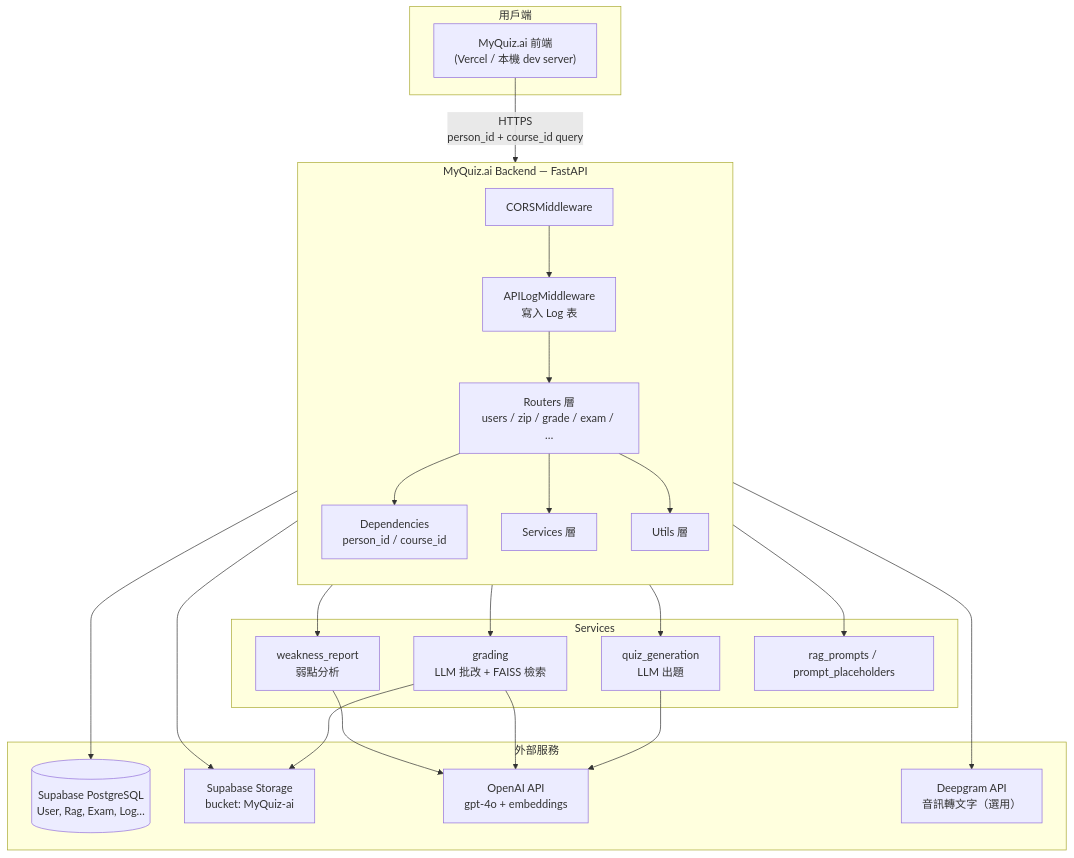
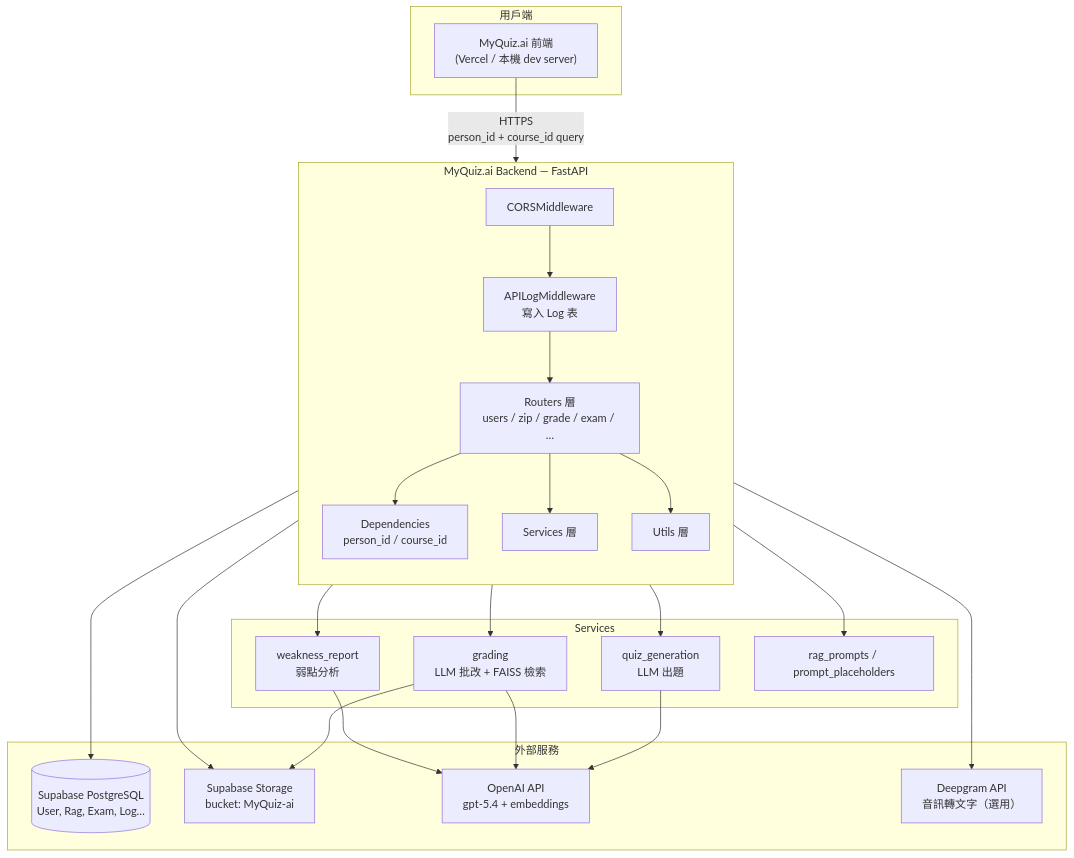
One commit to kevin7261/MyQuiz-ai-backend changed the first of 6 diagrams in README.md. Above: the diagram before and after it, drawn with Mermaid. The commit also changed other lines of this file and 13 other files, not shown here.

````diff
--- a/README.md
+++ b/README.md
@@ -50,48 +51,48 @@
 ```mermaid
 flowchart TB
     subgraph Client["用戶端"]
         FE["MyQuiz.ai 前端<br/>(Vercel / 本機 dev server)"]
     end
 
     subgraph Backend["MyQuiz.ai Backend — FastAPI"]
         direction TB
         CORS["CORSMiddleware"]
         LOG["APILogMiddleware<br/>寫入 Log 表"]
         ROUTERS["Routers 層<br/>users / zip / grade / exam / …"]
         DEPS["Dependencies<br/>person_id / course_id"]
         SERVICES["Services 層"]
         UTILS["Utils 層"]
     end
 
     subgraph ServicesDetail["Services"]
         QG["quiz_generation<br/>LLM 出題"]
         GR["grading<br/>LLM 批改 + FAISS 檢索"]
         WR["weakness_report<br/>弱點分析"]
         RAGP["rag_prompts / prompt_placeholders"]
     end
 
     subgraph External["外部服務"]
         PG[("Supabase PostgreSQL<br/>User, Rag, Exam, Log…")]
         ST["Supabase Storage<br/>bucket: MyQuiz-ai"]
-        OAI["OpenAI API<br/>gpt-4o + embeddings"]
+        OAI["OpenAI API<br/>gpt-5.4 + embeddings"]
         DG["Deepgram API<br/>音訊轉文字（選用）"]
     end
 
     FE -->|"HTTPS<br/>person_id + course_id query"| CORS
     CORS --> LOG
     LOG --> ROUTERS
     ROUTERS --> DEPS
     ROUTERS --> SERVICES
     ROUTERS --> UTILS
     SERVICES --> QG
     SERVICES --> GR
     SERVICES --> WR
     SERVICES --> RAGP
     UTILS --> PG
     UTILS --> ST
     QG --> OAI
     GR --> OAI
     GR --> ST
     WR --> OAI
     UTILS --> DG
 ```
````
